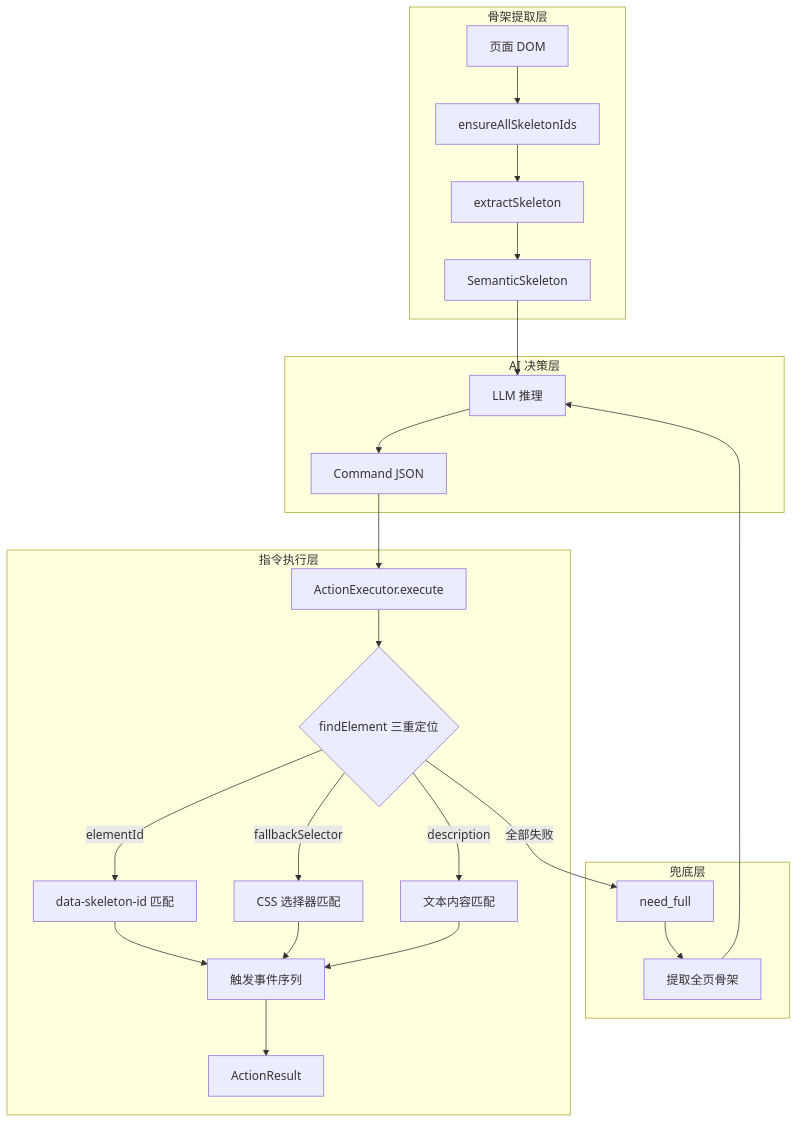
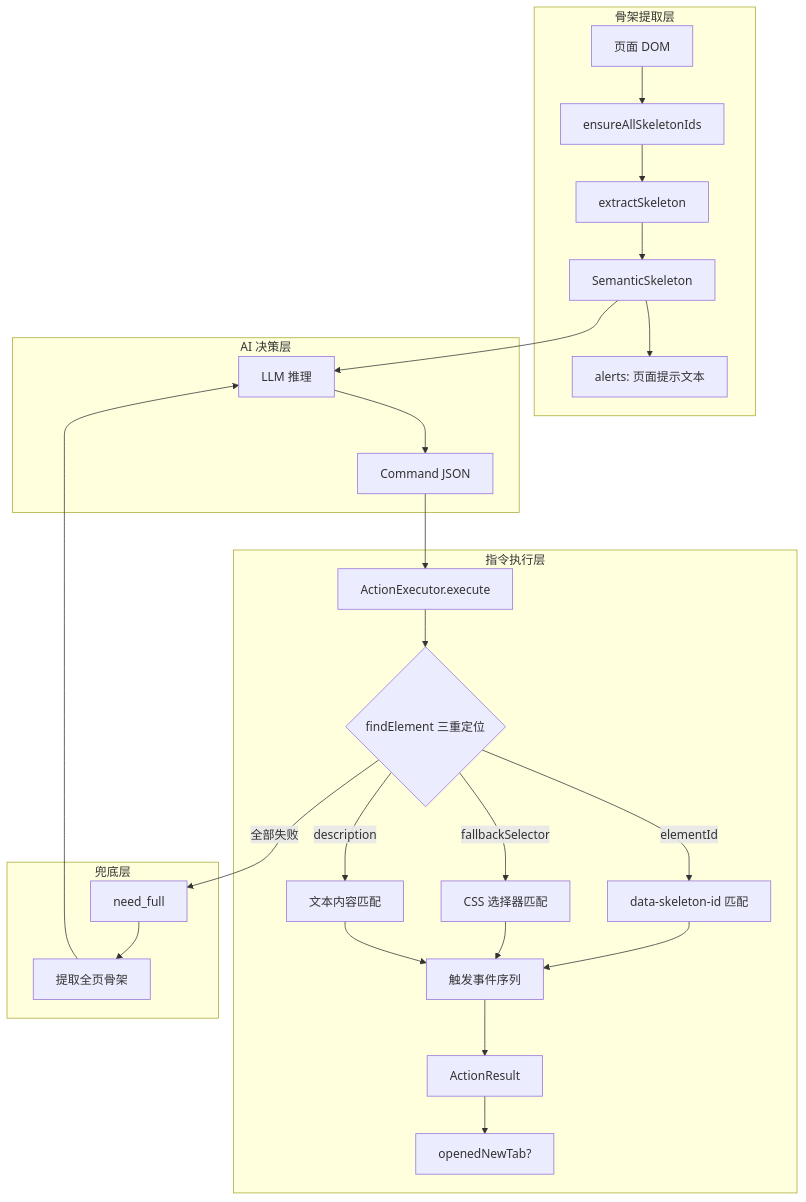
Before and after one commit to zw123zw/ai-browser: the first of 6 diagrams in docs/architecture/browser-command.md, drawn with Mermaid. The commit also changed other lines of this file and 10 other files, not shown here.

````diff
--- a/docs/architecture/browser-command.md
+++ b/docs/architecture/browser-command.md
@@ -9,31 +9,33 @@
 ```mermaid
 flowchart TD
     subgraph 骨架提取层
         A[页面 DOM] --> B[ensureAllSkeletonIds]
         B --> C[extractSkeleton]
         C --> D[SemanticSkeleton]
+        D --> D2[alerts: 页面提示文本]
     end
 
     subgraph AI 决策层
         D --> E[LLM 推理]
         E --> F[Command JSON]
     end
 
     subgraph 指令执行层
         F --> G[ActionExecutor.execute]
         G --> H{findElement 三重定位}
         H -->|elementId| I[data-skeleton-id 匹配]
         H -->|fallbackSelector| J[CSS 选择器匹配]
         H -->|description| K[文本内容匹配]
         I --> L[触发事件序列]
         J --> L
         K --> L
         L --> M[ActionResult]
+        M --> M2[openedNewTab?]
     end
 
     subgraph 兜底层
         H -->|全部失败| N[need_full]
         N --> O[提取全页骨架]
         O --> E
     end
 ```
````
